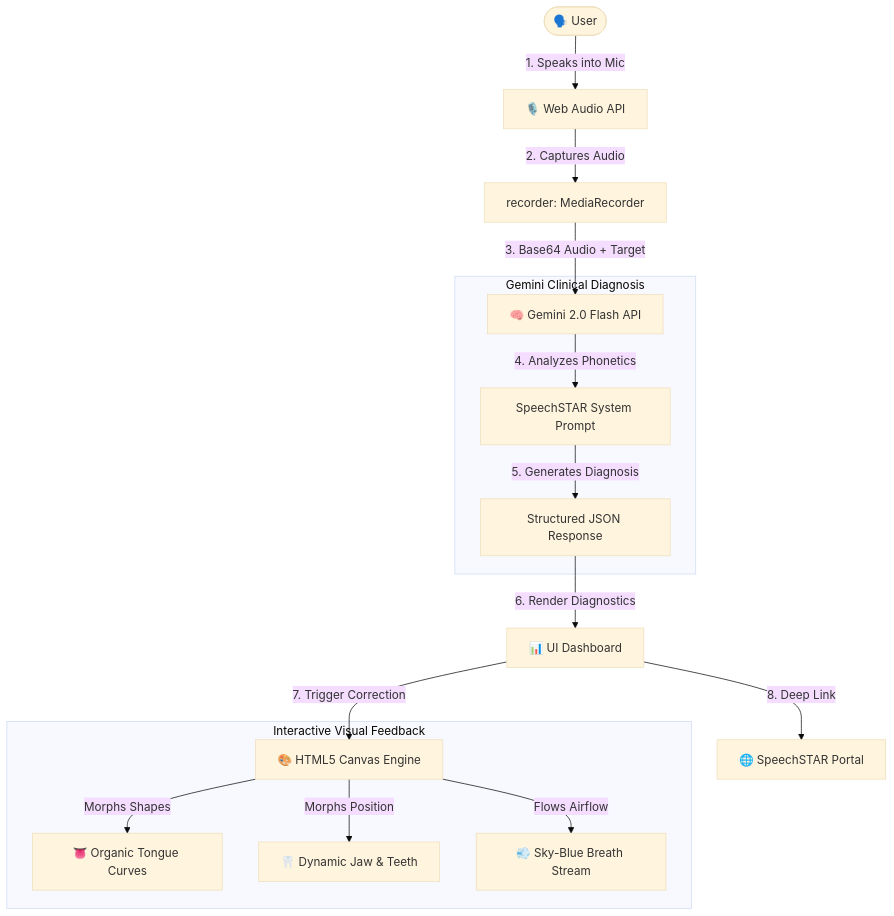
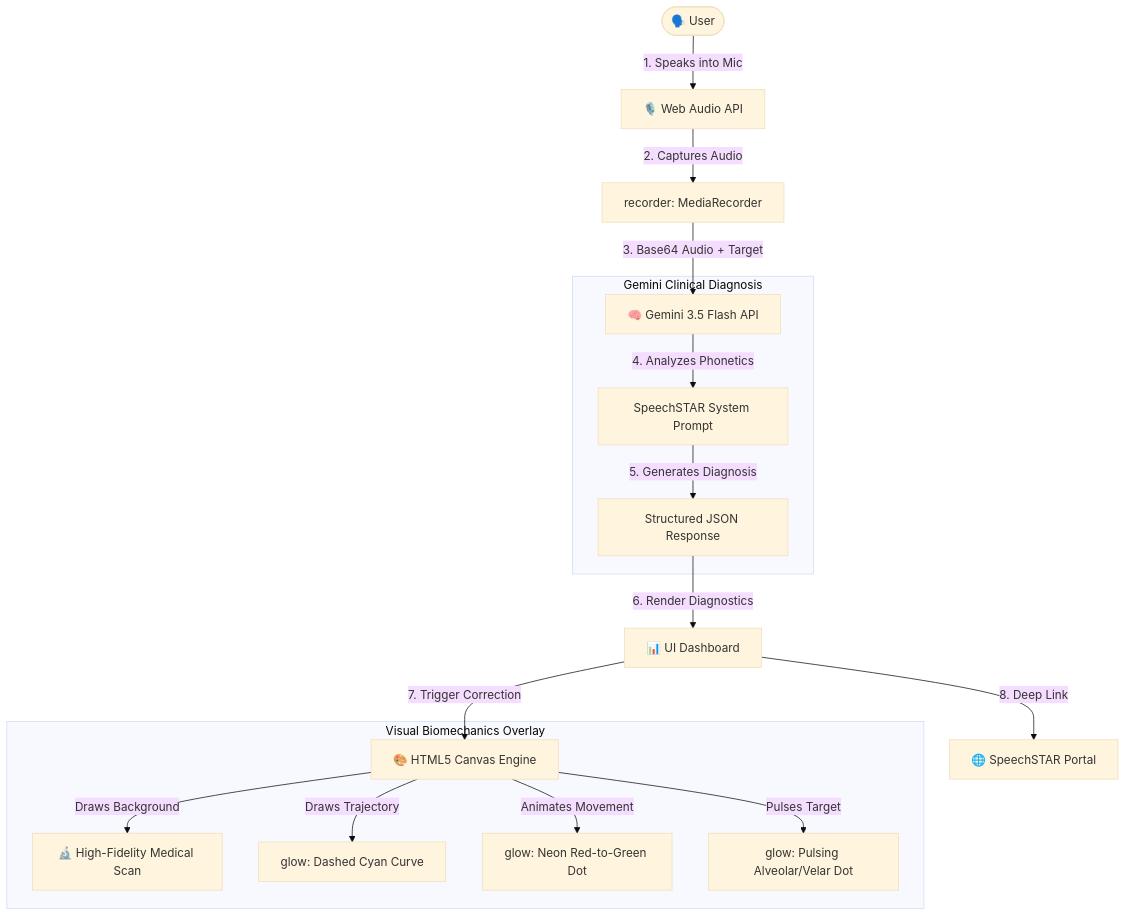
Before and after one commit to CHENGWEI001/PronunciationCoach: the diagram in README.md, drawn with Mermaid (base theme). The commit also changed other lines of this file and 3 other files, not shown here.

First line of the commit message:
Refactor Articulatory Map to use high-fidelity medical illustration background with dynamic neon transition path and particle animation.

````diff
--- a/README.md
+++ b/README.md
@@ -15,21 +15,22 @@
 ```mermaid
 graph TD
     User([🗣️ User]) -->|1. Speaks into Mic| WebAudio[🎙️ Web Audio API]
     WebAudio -->|2. Captures Audio| MediaRec[recorder: MediaRecorder]
-    MediaRec -->|3. Base64 Audio + Target| Gemini[🧠 Gemini 2.0 Flash API]
+    MediaRec -->|3. Base64 Audio + Target| Gemini[🧠 Gemini 3.5 Flash API]
     
     subgraph "Gemini Clinical Diagnosis"
         Gemini -->|4. Analyzes Phonetics| Prompt[SpeechSTAR System Prompt]
         Prompt -->|5. Generates Diagnosis| JSON[Structured JSON Response]
     end
     
     JSON -->|6. Render Diagnostics| Dashboard[📊 UI Dashboard]
     Dashboard -->|7. Trigger Correction| Canvas[🎨 HTML5 Canvas Engine]
     Dashboard -->|8. Deep Link| SpeechSTAR[🌐 SpeechSTAR Portal]
     
-    subgraph "Interactive Visual Feedback"
-        Canvas -->|Morphs Shapes| Tongue[👅 Organic Tongue Curves]
-        Canvas -->|Morphs Position| Jaw[🦷 Dynamic Jaw & Teeth]
-        Canvas -->|Flows Airflow| Airflow[💨 Sky-Blue Breath Stream]
+    subgraph "Visual Biomechanics Overlay"
+        Canvas -->|Draws Background| Map[🔬 High-Fidelity Medical Scan]
+        Canvas -->|Draws Trajectory| Path[glow: Dashed Cyan Curve]
+        Canvas -->|Animates Movement| Particle[glow: Neon Red-to-Green Dot]
+        Canvas -->|Pulses Target| Target[glow: Pulsing Alveolar/Velar Dot]
     end
 ```
````
